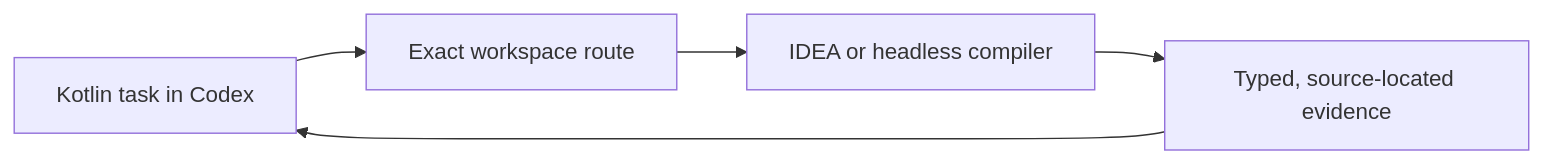
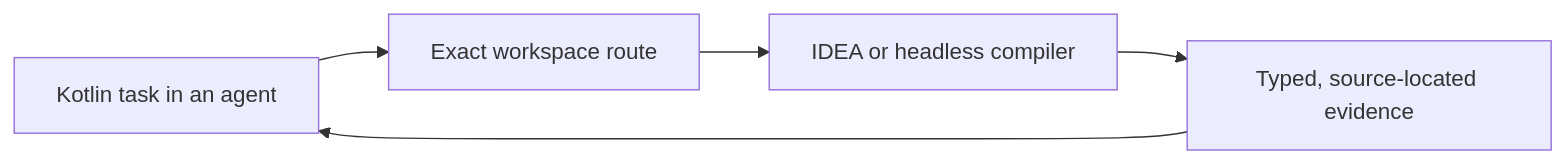
One commit to amichne/kast changed the diagram in docs/index.md. Above: the diagram before and after it, drawn with Mermaid. The commit also changed other lines of this file and 16 other files, not shown here.

````diff
--- a/docs/index.md
+++ b/docs/index.md
@@ -7,7 +8,7 @@
 ```mermaid
 flowchart LR
-    task["Kotlin task in Codex"] --> route["Exact workspace route"]
+    task["Kotlin task in an agent"] --> route["Exact workspace route"]
     route --> compiler["IDEA or headless compiler"]
     compiler --> result["Typed, source-located evidence"]
     result --> task
 ```
````
